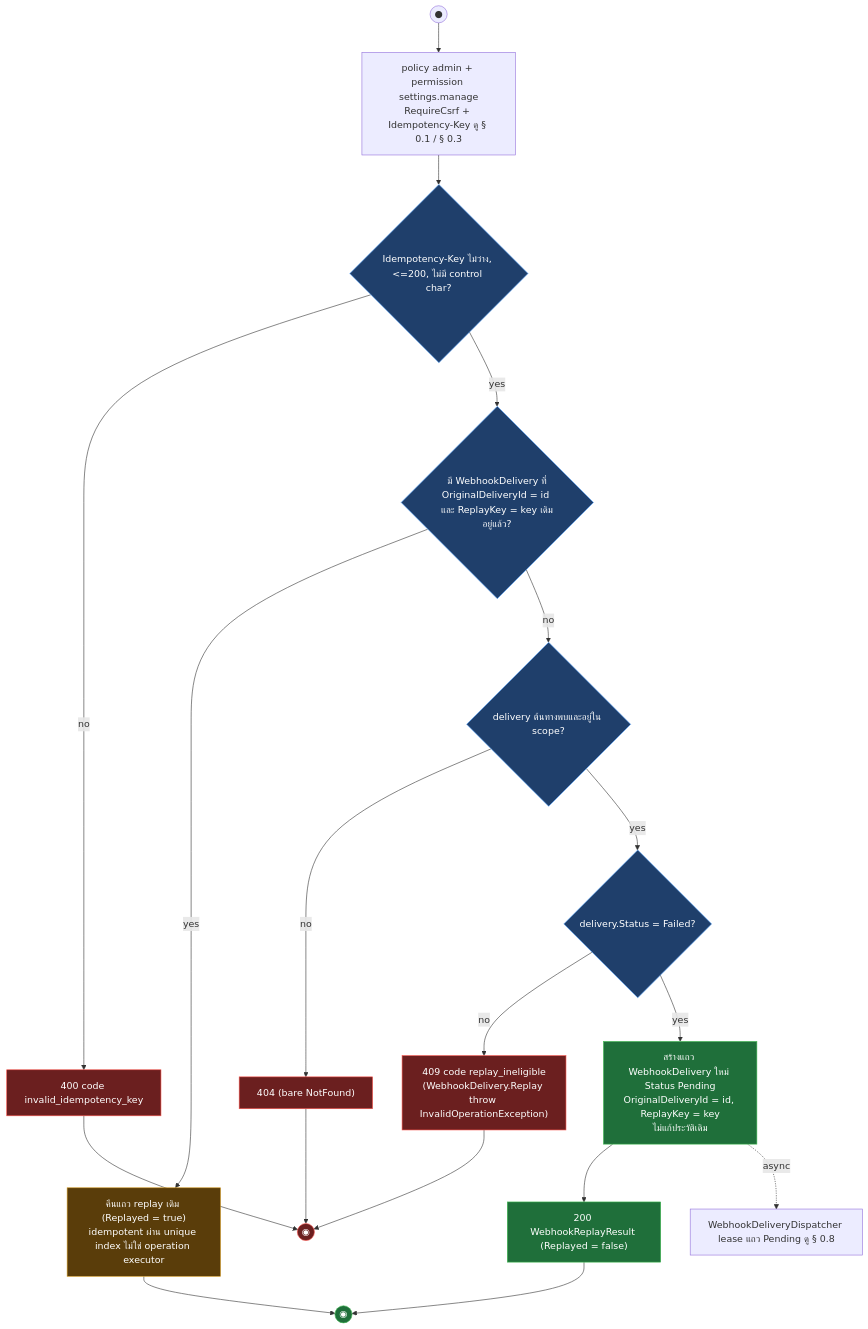
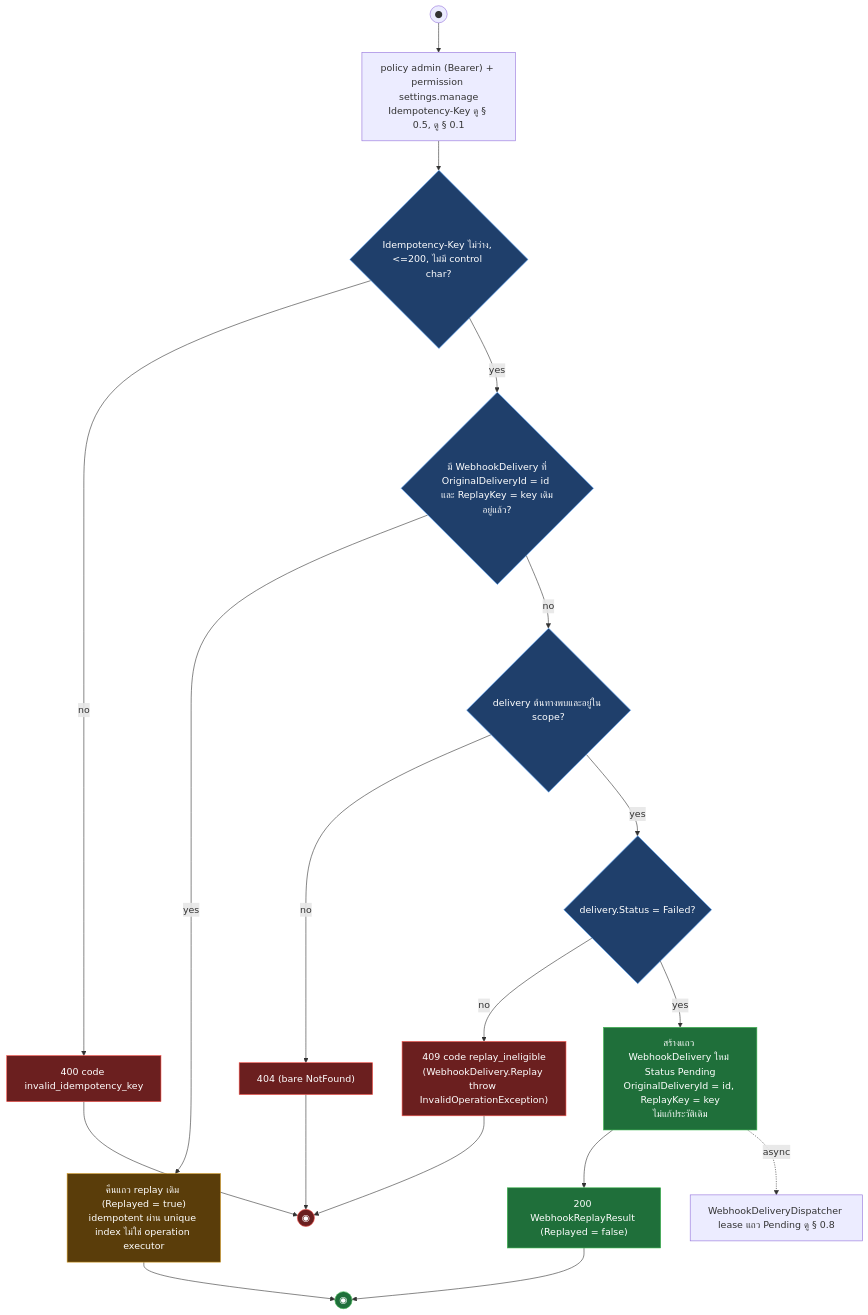
Before and after one commit to metrodiesign/pol-core: the sixth of 9 diagrams in outputs/diagrams/2026-09-14_api-endpoints_v1/13-notifications-outbound-webhooks.activities.md, drawn with Mermaid. The commit also changed other lines of this file and 42 other files, not shown here.

First line of the commit message:
docs: align reference docs and the API diagram set with the Bearer-only admin plane

````diff
--- a/outputs/diagrams/2026-09-14_api-endpoints_v1/13-notifications-outbound-webhooks.activities.md
+++ b/outputs/diagrams/2026-09-14_api-endpoints_v1/13-notifications-outbound-webhooks.activities.md
@@ -327,29 +327,29 @@
 ```mermaid
 flowchart TD
-    START((●)) --> GATE["policy admin + permission settings.manage<br/>RequireCsrf + Idempotency-Key ดู § 0.1 / § 0.3"]
+    START((●)) --> GATE["policy admin (Bearer) + permission settings.manage<br/>Idempotency-Key ดู § 0.5, ดู § 0.1"]
     GATE --> IDEM{"Idempotency-Key ไม่ว่าง, <=200, ไม่มี control char?"}
     IDEM -->|no| R400_I["400 code invalid_idempotency_key"]
     IDEM -->|yes| PRIOR{"มี WebhookDelivery ที่<br/>OriginalDeliveryId = id และ ReplayKey = key เดิมอยู่แล้ว?"}
     PRIOR -->|yes| REPLAY["คืนแถว replay เดิม (Replayed = true)<br/>idempotent ผ่าน unique index ไม่ใช่ operation executor"]
     PRIOR -->|no| FOUND{"delivery ต้นทางพบและอยู่ใน scope?"}
     FOUND -->|no| R404["404 (bare NotFound)"]
     FOUND -->|yes| STATQ{"delivery.Status = Failed?"}
     STATQ -->|no| R409["409 code replay_ineligible<br/>(WebhookDelivery.Replay throw InvalidOperationException)"]
     STATQ -->|yes| CREATE["สร้างแถว WebhookDelivery ใหม่ Status Pending<br/>OriginalDeliveryId = id, ReplayKey = key<br/>ไม่แก้ประวัติเดิม"]
     CREATE --> R200["200 WebhookReplayResult (Replayed = false)"]
     R200 --> END_S((◉))
     REPLAY --> END_S
     R404 --> END_F((◉))
     R409 --> END_F
     R400_I --> END_F
     CREATE -.async.-> DISP["WebhookDeliveryDispatcher lease แถว Pending ดู § 0.8"]
 
     classDef ok fill:#1f6f3a,stroke:#3fb950,color:#fff
     classDef fail fill:#6b1f1f,stroke:#f85149,color:#fff
     classDef gate fill:#1f3f6b,stroke:#58a6ff,color:#fff
     classDef warn fill:#5a3d0a,stroke:#d29922,color:#fff
     class CREATE,R200,END_S ok
     class R404,R409,R400_I,END_F fail
     class IDEM,PRIOR,FOUND,STATQ gate
     class REPLAY warn
 ```
````
